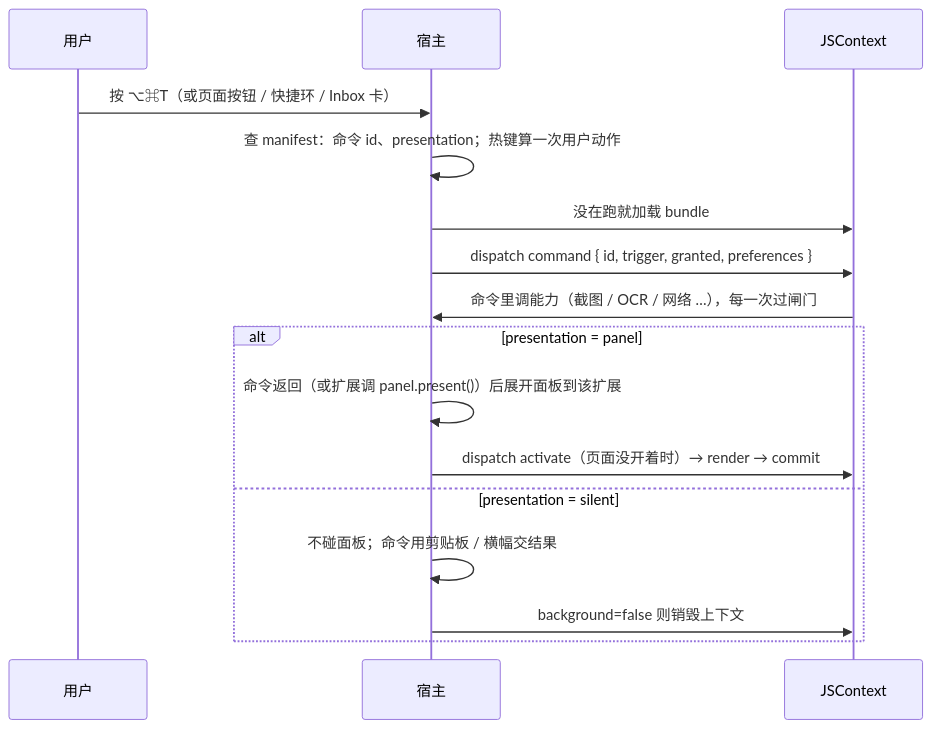
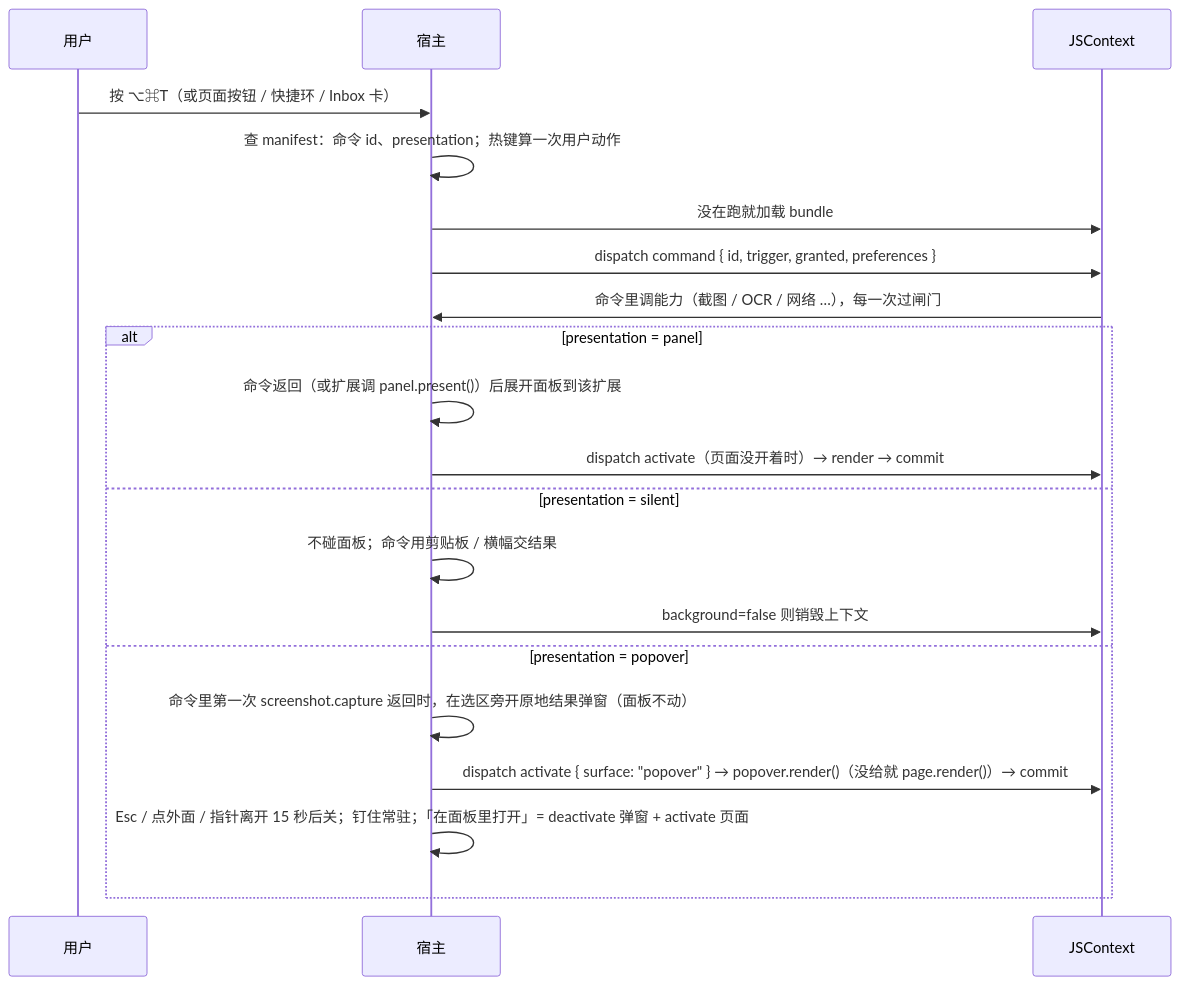
The fourth of 5 diagrams in docs/02-architecture.md (fusionseek/jarvis-extensions), drawn with Mermaid before and after one commit. The commit also changed 39 other files, not shown here.

````diff
--- a/docs/02-architecture.md
+++ b/docs/02-architecture.md
@@ -201,18 +201,22 @@
 ```mermaid
 sequenceDiagram
     participant U as 用户
     participant H as 宿主
     participant R as JSContext
     U->>H: 按 ⌥⌘T（或页面按钮 / 快捷环 / Inbox 卡）
     H->>H: 查 manifest：命令 id、presentation；热键算一次用户动作
     H->>R: 没在跑就加载 bundle
     H->>R: dispatch command { id, trigger, granted, preferences }
     R->>H: 命令里调能力（截图 / OCR / 网络 …），每一次过闸门
     alt presentation = panel
         H->>H: 命令返回（或扩展调 panel.present()）后展开面板到该扩展
         H->>R: dispatch activate（页面没开着时）→ render → commit
     else presentation = silent
         H->>H: 不碰面板；命令用剪贴板 / 横幅交结果
         H->>R: background=false 则销毁上下文
+    else presentation = popover
+        H->>H: 命令里第一次 screenshot.capture 返回时，在选区旁开原地结果弹窗（面板不动）
+        H->>R: dispatch activate { surface: "popover" } → popover.render()（没给就 page.render()）→ commit
+        H->>H: Esc / 点外面 / 指针离开 15 秒后关；钉住常驻；「在面板里打开」= deactivate 弹窗 + activate 页面
     end
 ```
````
